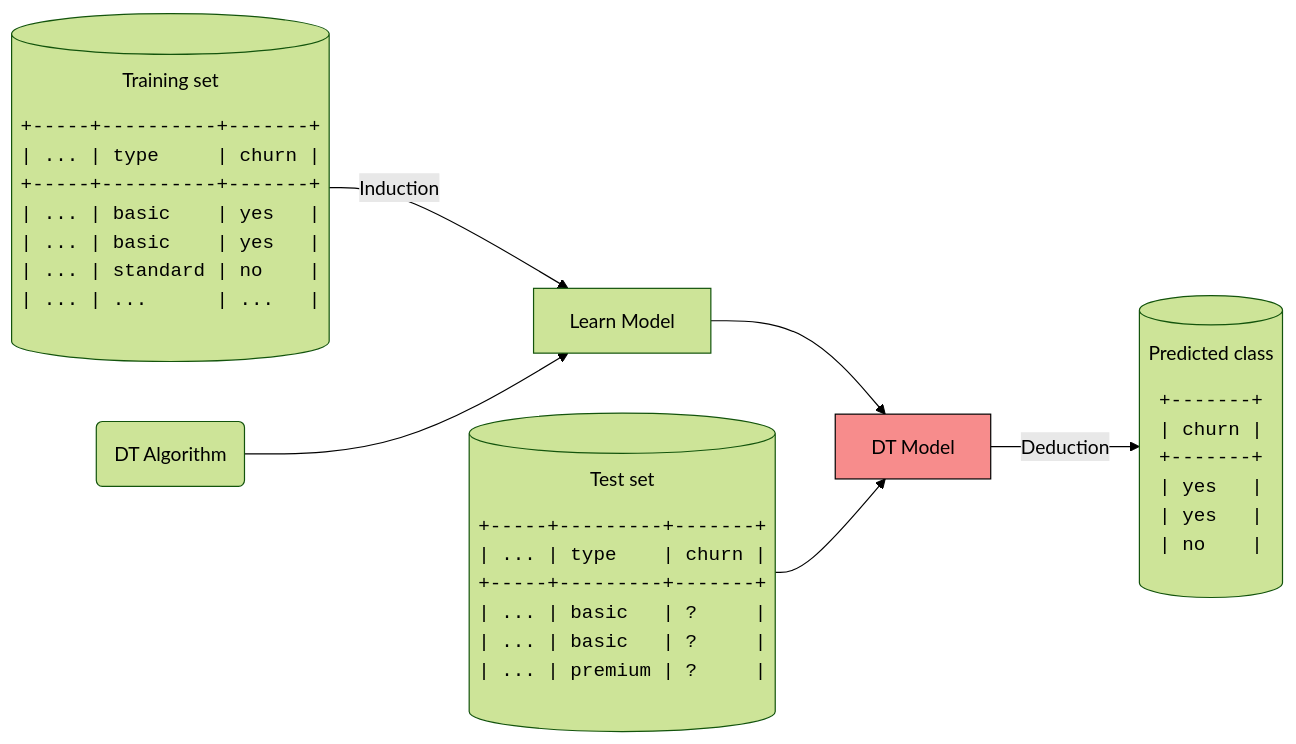
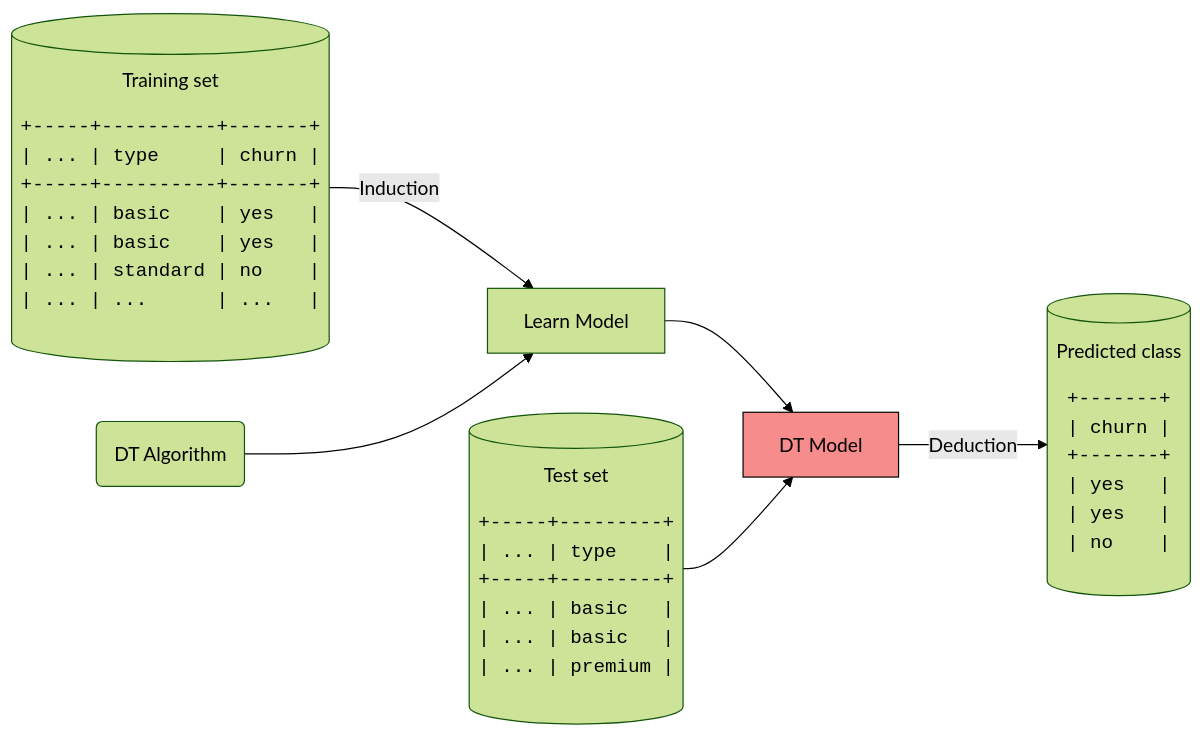
Before and after one commit to w4bo/AA2627-unibo-mldm: the first of 20 diagrams in slides/02-dt.qmd, drawn with Mermaid (forest theme). The commit also changed other lines of this file, not shown here.

Commit message:
fix: update the charts

````diff
--- a/slides/02-dt.qmd
+++ b/slides/02-dt.qmd
@@ -76,40 +76,40 @@
 ```{mermaid}
 %%| echo: false
 flowchart LR
     A[("Training set
 <pre>
 +-----+----------+-------+
 | ... | type     | churn |
 +-----+----------+-------+
 | ... | basic    | yes   |
 | ... | basic    | yes   |
 | ... | standard | no    |
 | ... | ...      | ...   |
 </pre>")]
 G[("Test set
 <pre>
-+-----+---------+-------+
-| ... | type    | churn |
-+-----+---------+-------+
-| ... | basic   | ?     |
-| ... | basic   | ?     |
-| ... | premium | ?     |
++-----+---------+
+| ... | type    |
++-----+---------+
+| ... | basic   |
+| ... | basic   |
+| ... | premium |
 </pre>")]
 F[("
 Predicted class
 <pre>
 +-------+
 | churn |
 +-------+
 | yes   |
 | yes   |
 | no    |
 </pre>")]
     A -->|Induction| B[Learn Model]
     C(DT Algorithm) --> B
     B --> D[DT Model]
     D -->|Deduction| F
     G --> D
 
     style D fill:#f78c8c,stroke:#000
 ```
````
